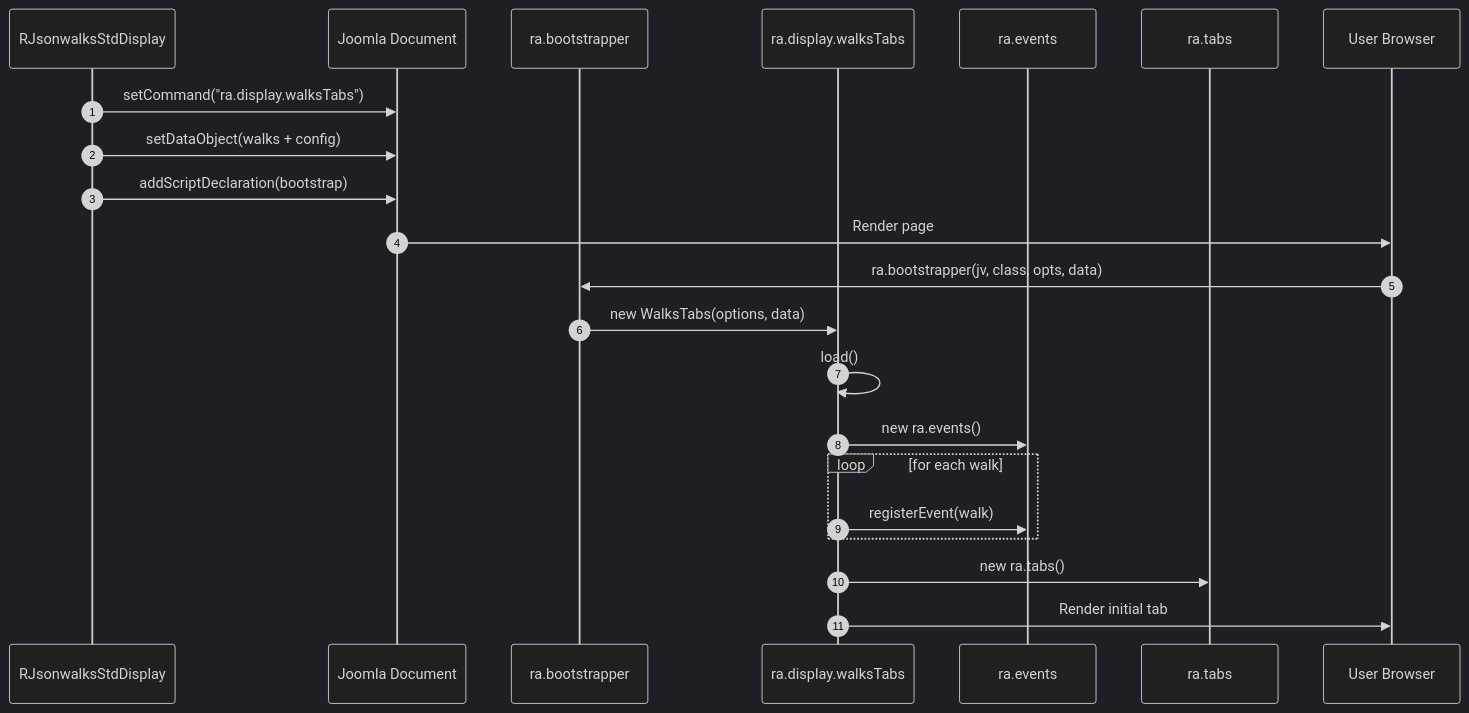
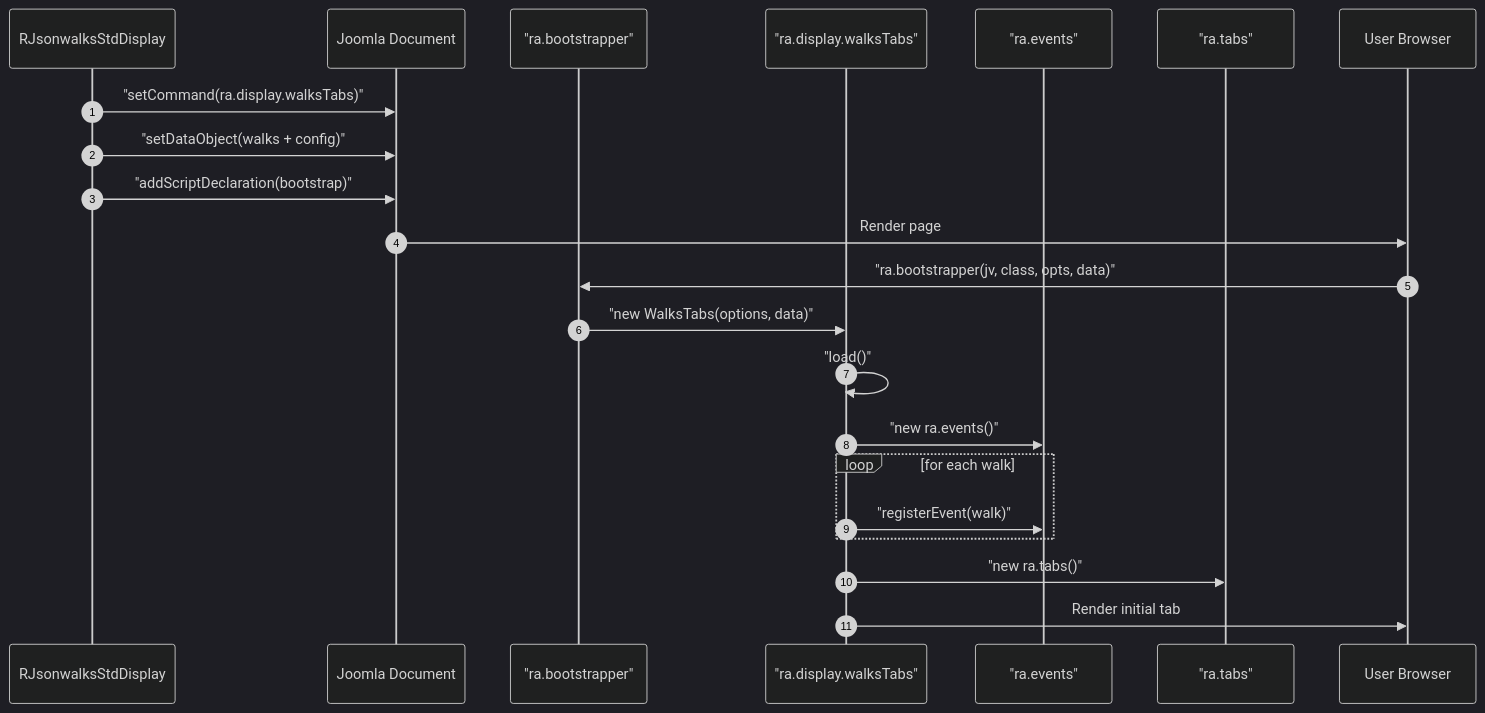
Before and after one commit to pauljrhodes/ramblers-library: the second of 5 diagrams in media/jsonwalks/HLD.md, drawn with Mermaid (dark theme). The commit also changed other lines of this file and 33 other files, not shown here.

First line of the commit message:
Normalize Mermaid diagrams for GitHub rendering (#13)

````diff
--- a/media/jsonwalks/HLD.md
+++ b/media/jsonwalks/HLD.md
@@ -195,25 +195,25 @@
 ```mermaid
 sequenceDiagram
     autonumber
     participant PHP as RJsonwalksStdDisplay
     participant Doc as Joomla Document
-    participant Bootstrap as ra.bootstrapper
-    participant WalksTabs as ra.display.walksTabs
-    participant Events as ra.events
-    participant Tabs as ra.tabs
+    participant Bootstrap as "ra.bootstrapper"
+    participant WalksTabs as "ra.display.walksTabs"
+    participant Events as "ra.events"
+    participant Tabs as "ra.tabs"
     participant User as User Browser
 
-    PHP->>Doc: setCommand("ra.display.walksTabs")
-    PHP->>Doc: setDataObject(walks + config)
-    PHP->>Doc: addScriptDeclaration(bootstrap)
+    PHP->>Doc: "setCommand(ra.display.walksTabs)"
+    PHP->>Doc: "setDataObject(walks + config)"
+    PHP->>Doc: "addScriptDeclaration(bootstrap)"
     Doc->>User: Render page
-    User->>Bootstrap: ra.bootstrapper(jv, class, opts, data)
-    Bootstrap->>WalksTabs: new WalksTabs(options, data)
-    WalksTabs->>WalksTabs: load()
-    WalksTabs->>Events: new ra.events()
+    User->>Bootstrap: "ra.bootstrapper(jv, class, opts, data)"
+    Bootstrap->>WalksTabs: "new WalksTabs(options, data)"
+    WalksTabs->>WalksTabs: "load()"
+    WalksTabs->>Events: "new ra.events()"
     loop for each walk
-        WalksTabs->>Events: registerEvent(walk)
+        WalksTabs->>Events: "registerEvent(walk)"
     end
-    WalksTabs->>Tabs: new ra.tabs()
+    WalksTabs->>Tabs: "new ra.tabs()"
     WalksTabs->>User: Render initial tab
 ```
````
